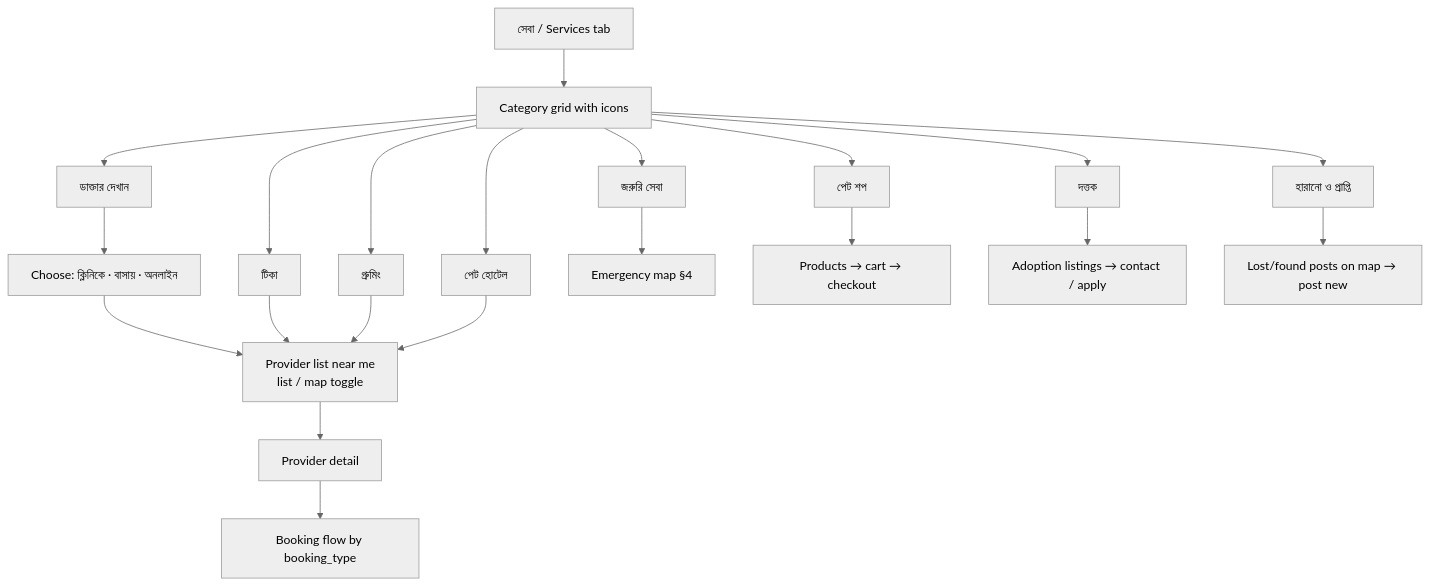
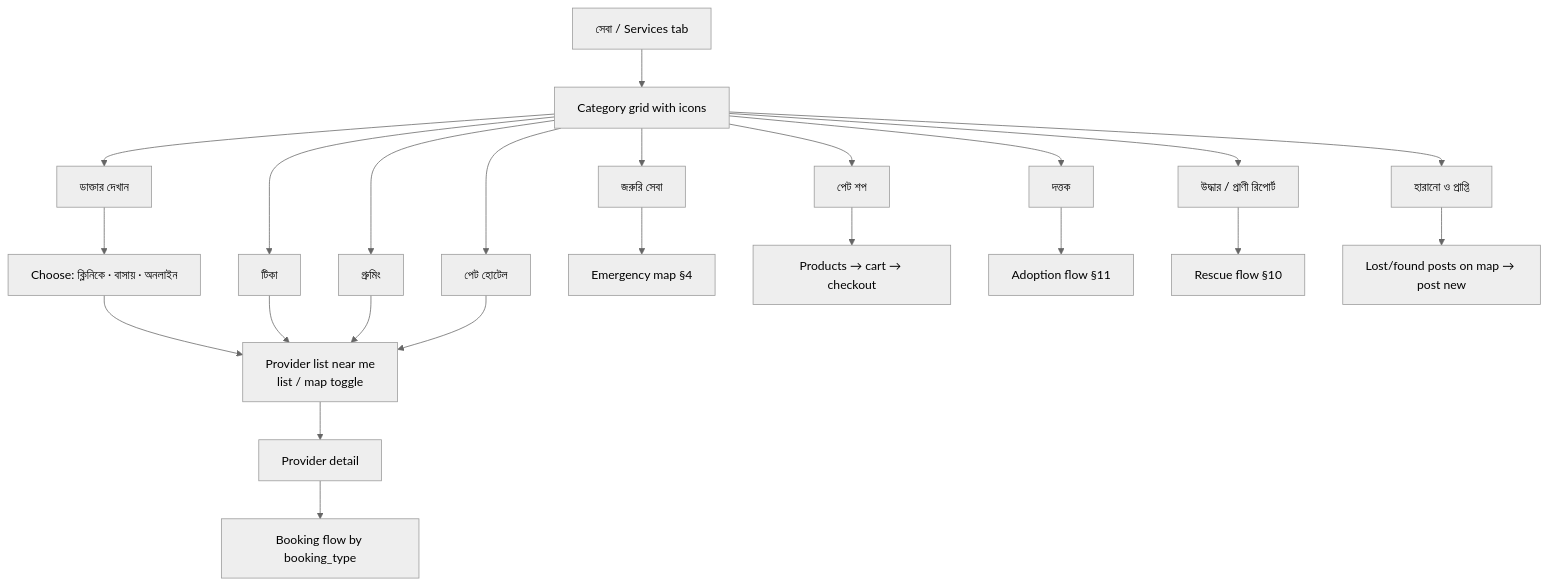
The third of 8 diagrams in docs/app-flow.md (afridi2003-maverick/Pranora), drawn with Mermaid (neutral theme) before and after one commit. The commit also changed other lines of this file and 9 other files, not shown here.

````diff
--- a/docs/app-flow.md
+++ b/docs/app-flow.md
@@ -108,17 +125,19 @@
 ```mermaid
 flowchart TD
   SV[সেবা / Services tab] --> GRID[Category grid with icons]
   GRID --> VET[ডাক্তার দেখান] --> PICK[Choose: ক্লিনিকে · বাসায় · অনলাইন]
   GRID --> VAC[টিকা]
   GRID --> GRM[গ্রুমিং]
   GRID --> SHOP[পেট শপ]
   GRID --> BRD[পেট হোটেল]
   GRID --> ADP[দত্তক]
+  GRID --> RSC[উদ্ধার / প্রাণী রিপোর্ট]
   GRID --> LF[হারানো ও প্রাপ্তি]
   GRID --> EMG[জরুরি সেবা] --> EMAP[Emergency map §4]
   PICK & VAC & GRM & BRD --> PLIST[Provider list near me<br/>list / map toggle]
   PLIST --> PDET[Provider detail] --> BOOKF[Booking flow by booking_type]
   SHOP --> PRODUCTS[Products → cart → checkout]
-  ADP --> ADLIST[Adoption listings → contact / apply]
+  ADP --> ADLIST[Adoption flow §11]
+  RSC --> RFLOW[Rescue flow §10]
   LF --> LFLIST[Lost/found posts on map → post new]
 ```
````
